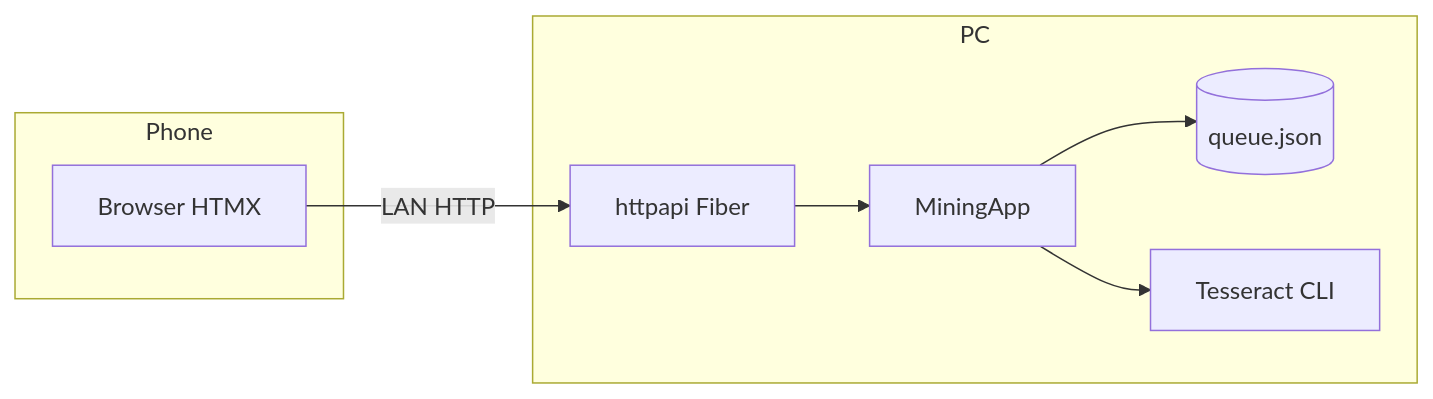
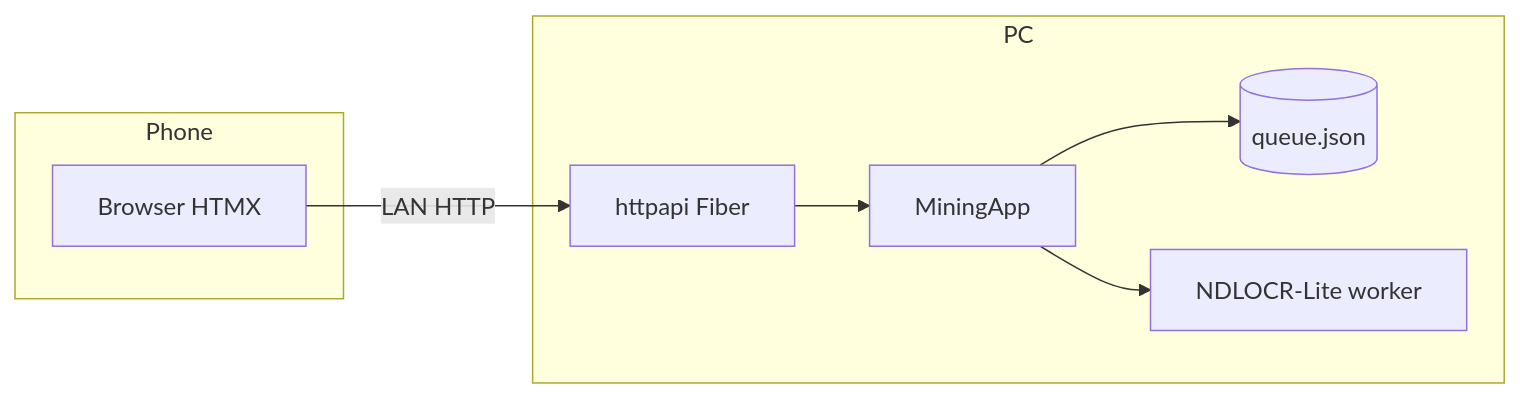
Before and after one commit to rikiisworking/miner: the first of 5 diagrams in README.md, drawn with Mermaid. The commit also changed other lines of this file and 20 other files, not shown here.

First line of the commit message:
feat: replace Tesseract with NDLOCR-Lite local OCR

````diff
--- a/README.md
+++ b/README.md
@@ -42,16 +42,16 @@
 ```mermaid
 flowchart LR
   subgraph Phone
     B[Browser HTMX]
   end
   subgraph PC
     H[httpapi Fiber]
     M[MiningApp]
     Q[(queue.json)]
-    T[Tesseract CLI]
+    T[NDLOCR-Lite worker]
   end
   B -->|LAN HTTP| H
   H --> M
   M --> Q
   M --> T
 ```
````
